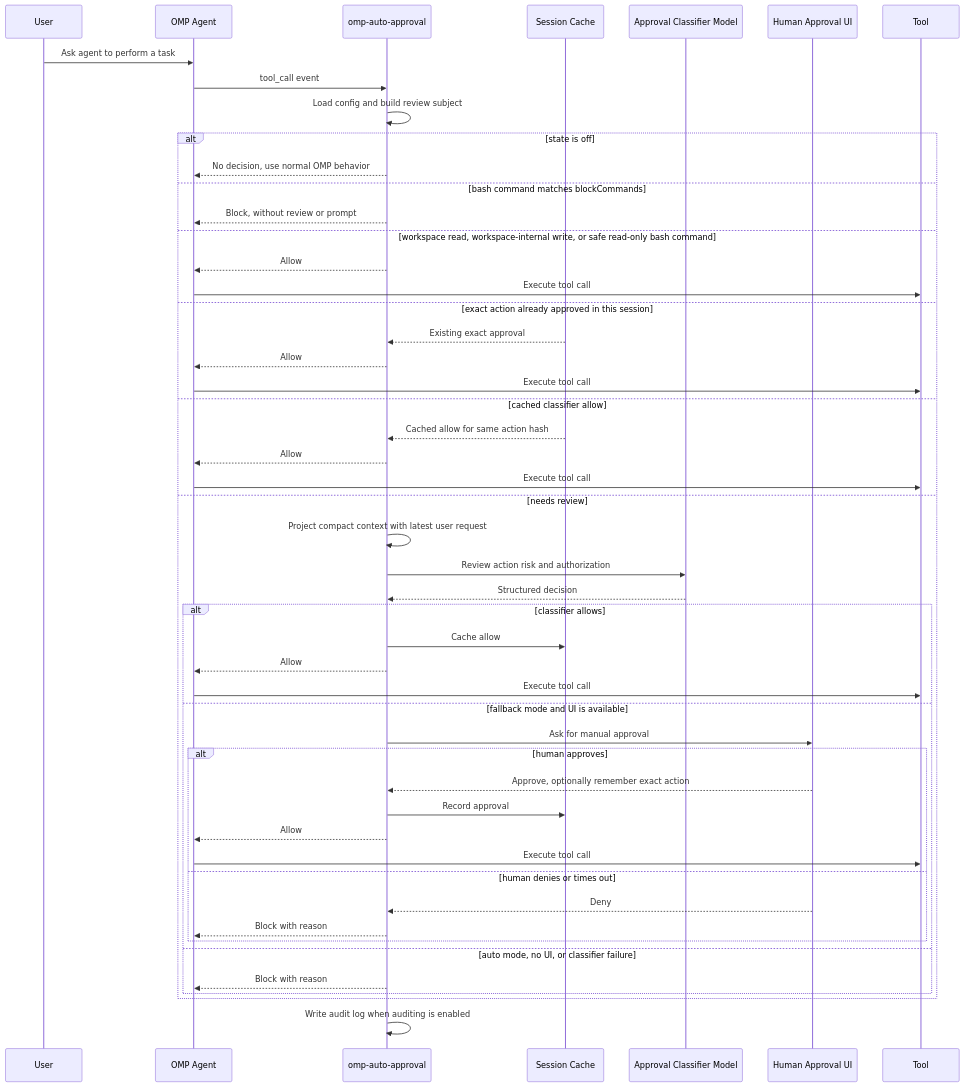
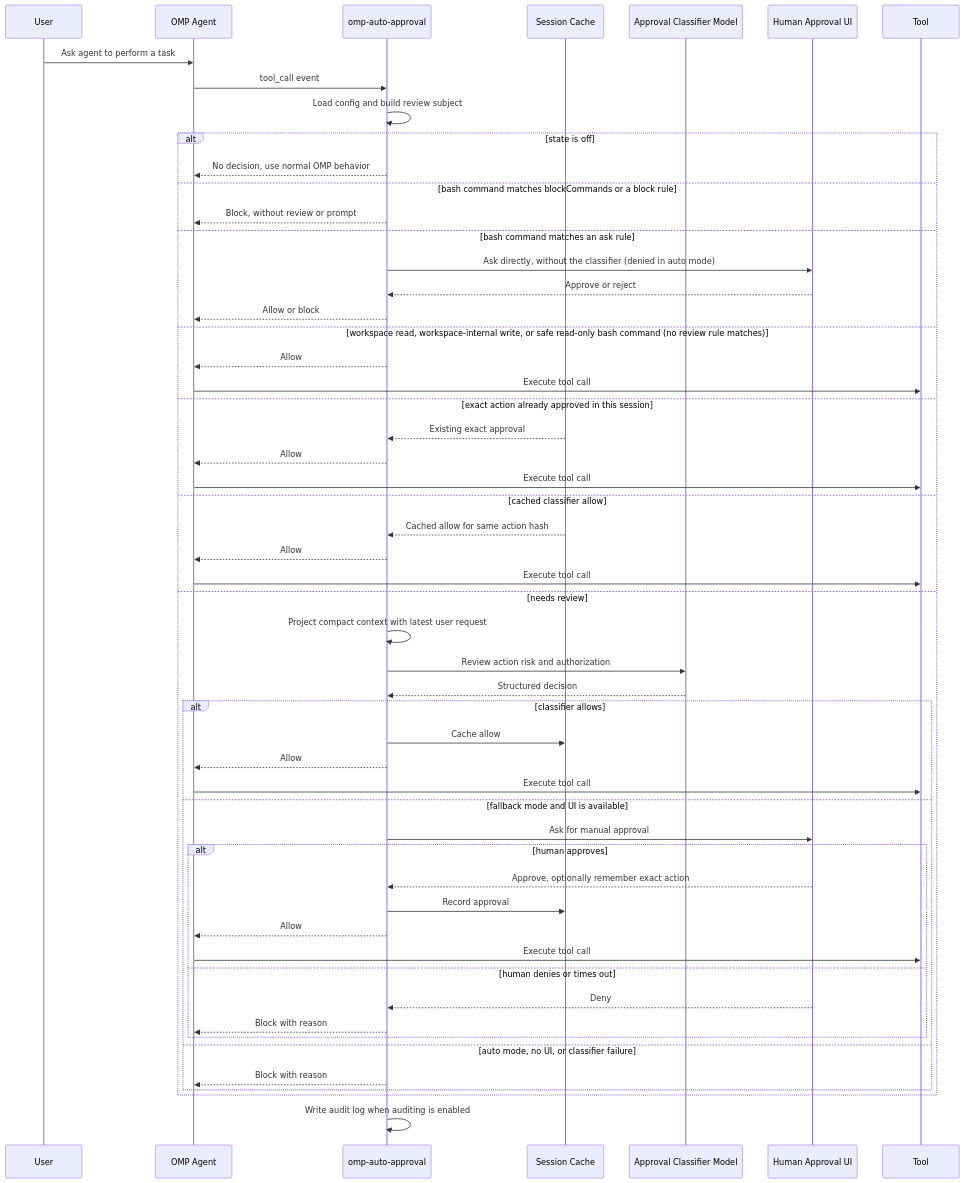
One commit to sthetz/omp-auto-approval changed the diagram in README.md. Above: the diagram before and after it, drawn with Mermaid. The commit also changed other lines of this file and 5 other files, not shown here.

First line of the commit message:
Fix rule regexes with g or y, and answer /auto-approval rules fully

````diff
--- a/README.md
+++ b/README.md
@@ -78,56 +79,60 @@
 ```mermaid
 sequenceDiagram
     participant User
     participant OMP as OMP Agent
     participant Ext as omp-auto-approval
     participant Store as Session Cache
     participant Classifier as Approval Classifier Model
     participant Human as Human Approval UI
     participant Tool
 
     User->>OMP: Ask agent to perform a task
     OMP->>Ext: tool_call event
     Ext->>Ext: Load config and build review subject
 
     alt state is off
         Ext-->>OMP: No decision, use normal OMP behavior
-    else bash command matches blockCommands
+    else bash command matches blockCommands or a block rule
         Ext-->>OMP: Block, without review or prompt
-    else workspace read, workspace-internal write, or safe read-only bash command
+    else bash command matches an ask rule
+        Ext->>Human: Ask directly, without the classifier (denied in auto mode)
+        Human-->>Ext: Approve or reject
+        Ext-->>OMP: Allow or block
+    else workspace read, workspace-internal write, or safe read-only bash command (no review rule matches)
         Ext-->>OMP: Allow
         OMP->>Tool: Execute tool call
     else exact action already approved in this session
         Store-->>Ext: Existing exact approval
         Ext-->>OMP: Allow
         OMP->>Tool: Execute tool call
     else cached classifier allow
         Store-->>Ext: Cached allow for same action hash
         Ext-->>OMP: Allow
         OMP->>Tool: Execute tool call
     else needs review
         Ext->>Ext: Project compact context with latest user request
         Ext->>Classifier: Review action risk and authorization
         Classifier-->>Ext: Structured decision
 
         alt classifier allows
             Ext->>Store: Cache allow
             Ext-->>OMP: Allow
             OMP->>Tool: Execute tool call
         else fallback mode and UI is available
             Ext->>Human: Ask for manual approval
             alt human approves
                 Human-->>Ext: Approve, optionally remember exact action
                 Ext->>Store: Record approval
                 Ext-->>OMP: Allow
                 OMP->>Tool: Execute tool call
             else human denies or times out
                 Human-->>Ext: Deny
                 Ext-->>OMP: Block with reason
             end
         else auto mode, no UI, or classifier failure
             Ext-->>OMP: Block with reason
         end
     end
 
     Ext->>Ext: Write audit log when auditing is enabled
 ```
````
